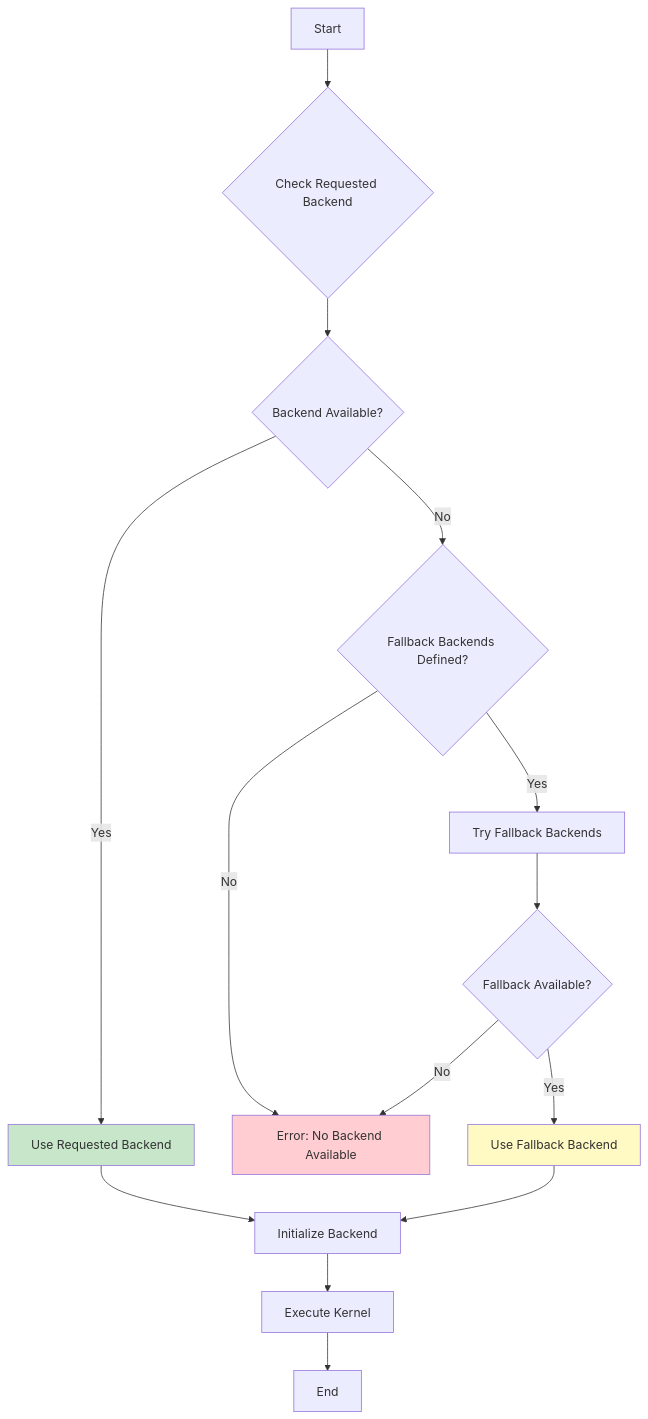
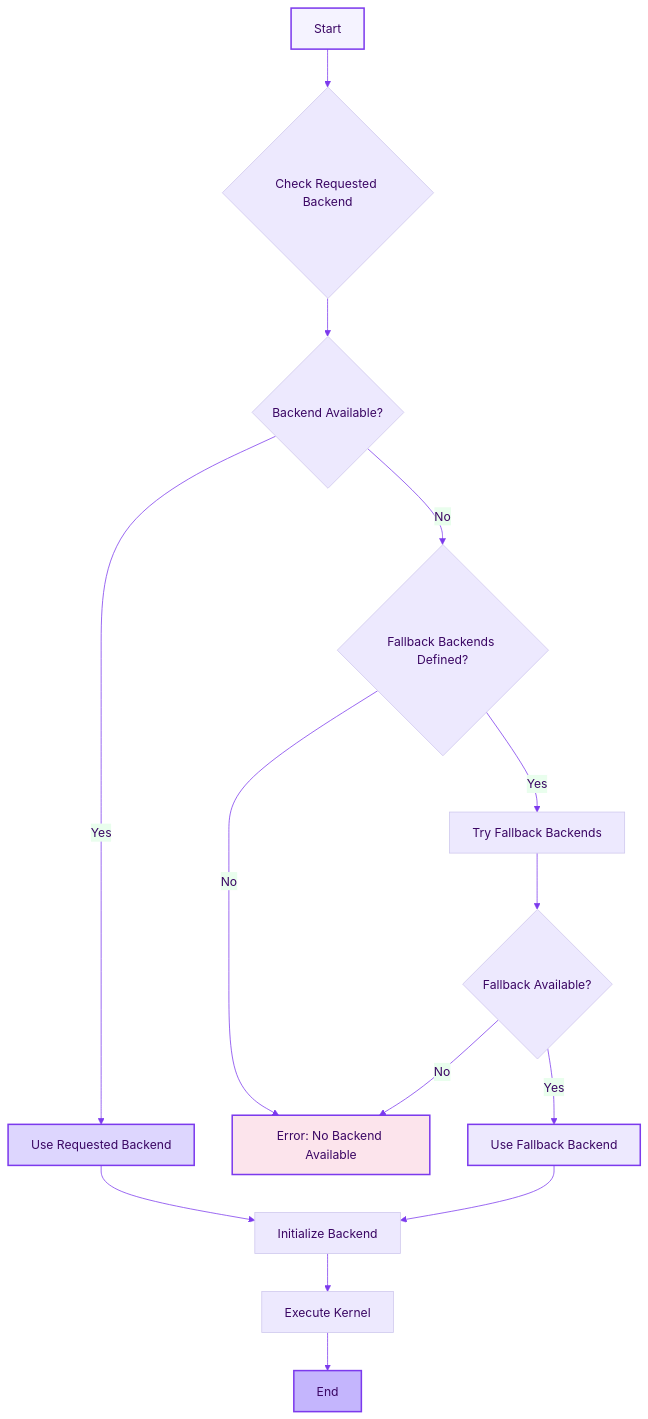
The third of 13 diagrams in docs/architecture.md (chenxingqiang/YiRage), drawn with Mermaid before and after one commit. The commit also changed other lines of this file and 9 other files, not shown here.

First line of the commit message:
style: unify Mermaid diagrams to minimal purple theme

````diff
--- a/docs/architecture.md
+++ b/docs/architecture.md
@@ -91,20 +95,23 @@
 ```mermaid
+%%{init: {'theme': 'base', 'themeVariables': { 'primaryColor': '#ede9fe', 'primaryTextColor': '#3b0764', 'lineColor': '#7c3aed'}}}%%
 flowchart TD
     A[Start] --> B{Check Requested Backend}
     B --> C{Backend Available?}
     C -->|Yes| D[Use Requested Backend]
     C -->|No| E{Fallback Backends Defined?}
     E -->|Yes| F[Try Fallback Backends]
     E -->|No| G[Error: No Backend Available]
     F --> H{Fallback Available?}
     H -->|Yes| I[Use Fallback Backend]
     H -->|No| G
     D --> J[Initialize Backend]
     I --> J
     J --> K[Execute Kernel]
     K --> L[End]
 
-    style D fill:#c8e6c9
-    style I fill:#fff9c4
-    style G fill:#ffcdd2
+    style A fill:#f5f3ff,stroke:#7c3aed,stroke-width:2px
+    style D fill:#ddd6fe,stroke:#7c3aed,stroke-width:2px
+    style I fill:#ede9fe,stroke:#7c3aed,stroke-width:2px
+    style G fill:#fce4ec,stroke:#7c3aed,stroke-width:2px
+    style L fill:#c4b5fd,stroke:#7c3aed,stroke-width:2px
 ```
````
